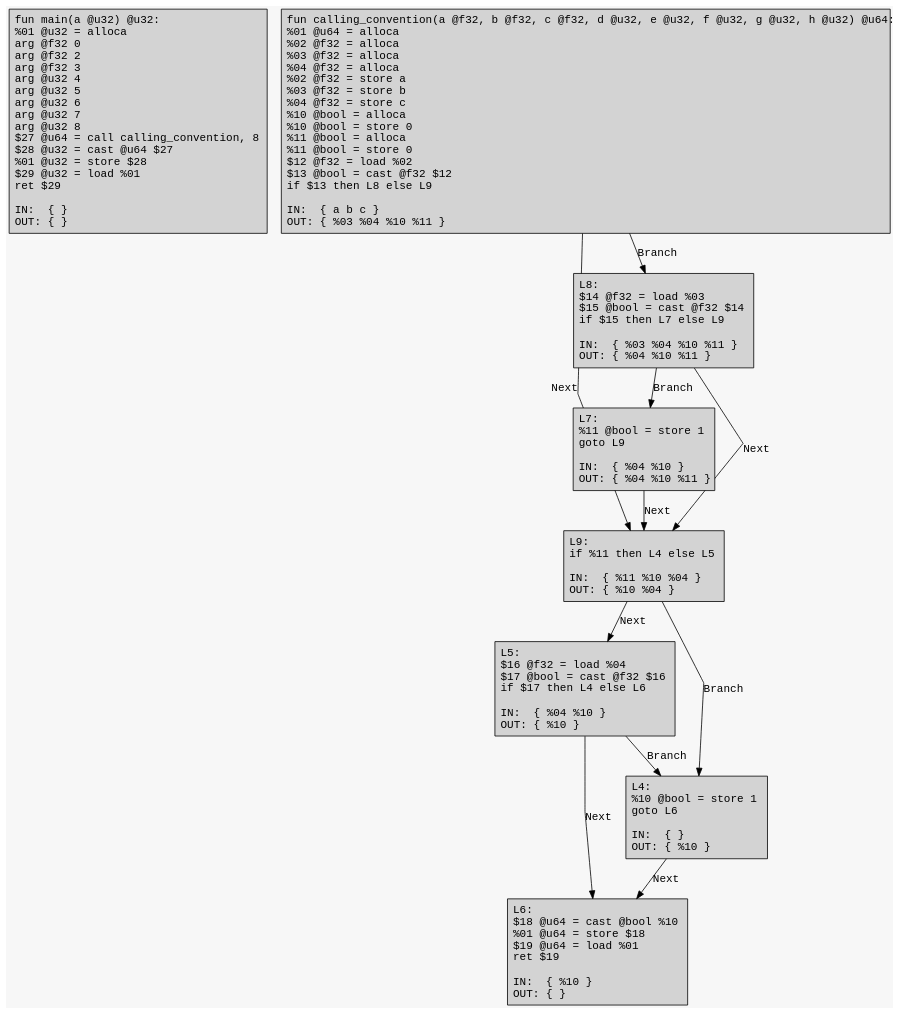
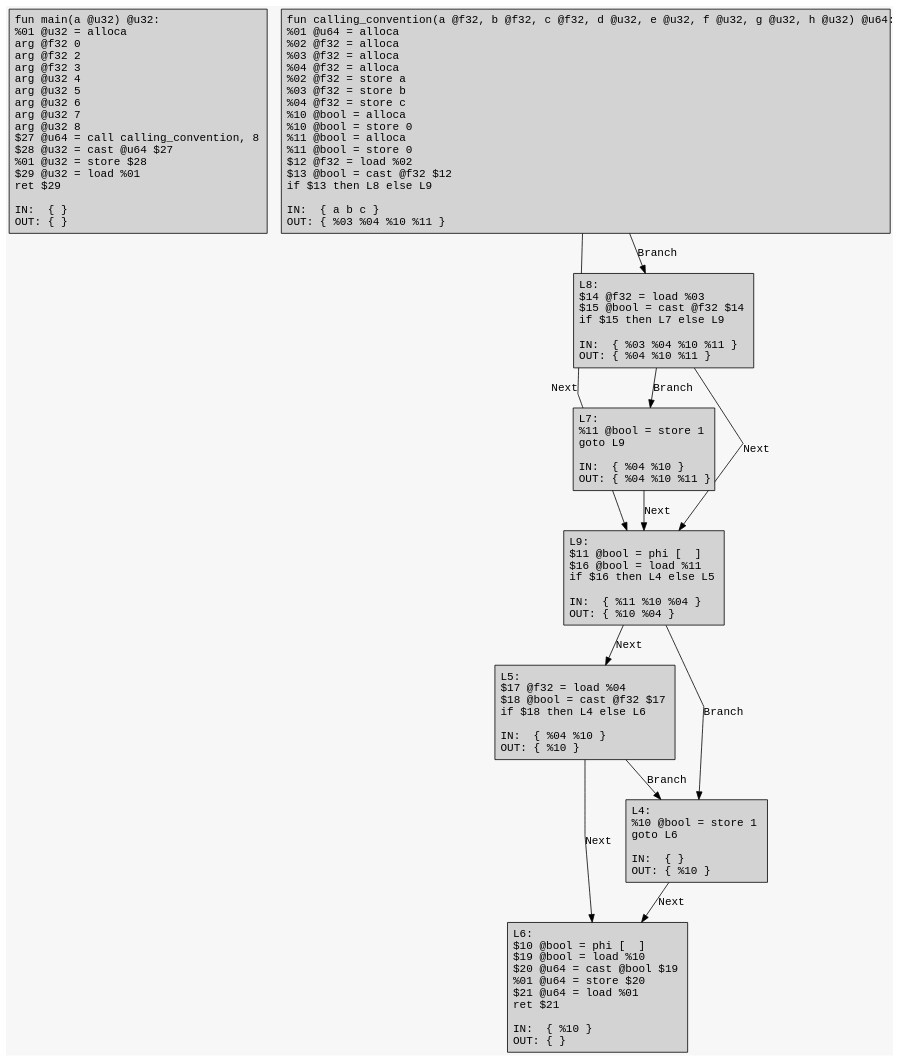
One commit to ArkoiSystems/arkoi_language changed the diagram in example/cc/cc.dot. Above: the diagram before and after it, drawn with Graphviz. The commit also changed 8 other files, not shown here.

```diff
--- a/example/cc/cc.dot
+++ b/example/cc/cc.dot
@@ -1,26 +1,26 @@
 digraph CFG {
 	graph [fontname = "Monospace"];
 	node  [fontname = "Monospace", shape=box, style=filled, margin=0.1];
 	edge  [fontname = "Monospace"];
 	bgcolor = "#f7f7f7";
 	splines = false;
 
 	L0 [label="fun main(a @u32) @u32:\l %01 @u32 = alloca\l arg @f32 0\l arg @f32 2\l arg @f32 3\l arg @u32 4\l arg @u32 5\l arg @u32 6\l arg @u32 7\l arg @u32 8\l $27 @u64 = call calling_convention, 8\l $28 @u32 = cast @u64 $27\l %01 @u32 = store $28\l $29 @u32 = load %01\l ret $29\l\lIN:  { }\lOUT: { }\l"];
 	L2 [label="fun calling_convention(a @f32, b @f32, c @f32, d @u32, e @u32, f @u32, g @u32, h @u32) @u64:\l %01 @u64 = alloca\l %02 @f32 = alloca\l %03 @f32 = alloca\l %04 @f32 = alloca\l %02 @f32 = store a\l %03 @f32 = store b\l %04 @f32 = store c\l %10 @bool = alloca\l %10 @bool = store 0\l %11 @bool = alloca\l %11 @bool = store 0\l $12 @f32 = load %02\l $13 @bool = cast @f32 $12\l if $13 then L8 else L9\l\lIN:  { a b c }\lOUT: { %03 %04 %10 %11 }\l"];
 	L2 -> L9 [label="Next"];
 	L2 -> L8 [label="Branch"];
-	L9 [label="L9:\l if %11 then L4 else L5\l\lIN:  { %11 %10 %04 }\lOUT: { %10 %04 }\l"];
+	L9 [label="L9:\l $11 @bool = phi [  ]\l $16 @bool = load %11\l if $16 then L4 else L5\l\lIN:  { %11 %10 %04 }\lOUT: { %10 %04 }\l"];
 	L9 -> L5 [label="Next"];
 	L9 -> L4 [label="Branch"];
-	L5 [label="L5:\l $16 @f32 = load %04\l $17 @bool = cast @f32 $16\l if $17 then L4 else L6\l\lIN:  { %04 %10 }\lOUT: { %10 }\l"];
+	L5 [label="L5:\l $17 @f32 = load %04\l $18 @bool = cast @f32 $17\l if $18 then L4 else L6\l\lIN:  { %04 %10 }\lOUT: { %10 }\l"];
 	L5 -> L6 [label="Next"];
 	L5 -> L4 [label="Branch"];
-	L6 [label="L6:\l $18 @u64 = cast @bool %10\l %01 @u64 = store $18\l $19 @u64 = load %01\l ret $19\l\lIN:  { %10 }\lOUT: { }\l"];
+	L6 [label="L6:\l $10 @bool = phi [  ]\l $19 @bool = load %10\l $20 @u64 = cast @bool $19\l %01 @u64 = store $20\l $21 @u64 = load %01\l ret $21\l\lIN:  { %10 }\lOUT: { }\l"];
 	L4 [label="L4:\l %10 @bool = store 1\l goto L6\l\lIN:  { }\lOUT: { %10 }\l"];
 	L4 -> L6 [label="Next"];
 	L8 [label="L8:\l $14 @f32 = load %03\l $15 @bool = cast @f32 $14\l if $15 then L7 else L9\l\lIN:  { %03 %04 %10 %11 }\lOUT: { %04 %10 %11 }\l"];
 	L8 -> L9 [label="Next"];
 	L8 -> L7 [label="Branch"];
 	L7 [label="L7:\l %11 @bool = store 1\l goto L9\l\lIN:  { %04 %10 }\lOUT: { %04 %10 %11 }\l"];
 	L7 -> L9 [label="Next"];
 }
```
